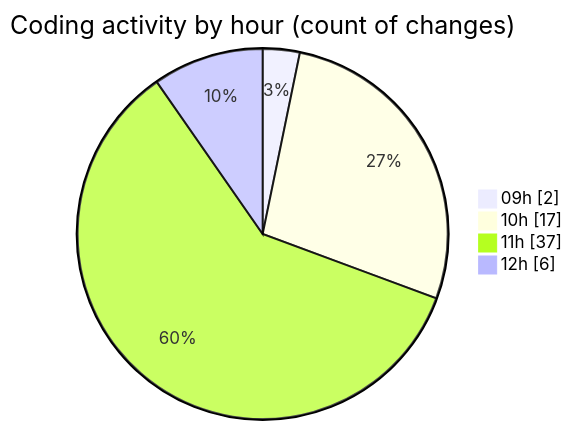
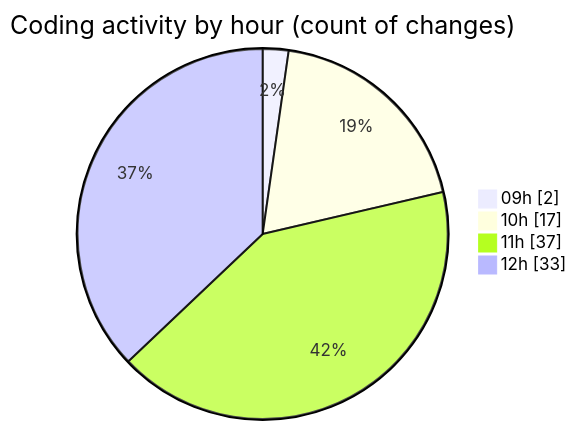
Before and after one commit to momahboobian/code-tracking: the second of 2 diagrams in 2026-11-06/cda/README.md, drawn with Mermaid. The commit also changed other lines of this file and 1 other file, not shown here.

````diff
--- a/2026-11-06/cda/README.md
+++ b/2026-11-06/cda/README.md
@@ -50,8 +50,8 @@
 ```mermaid
 pie showData
 title Coding activity by hour (count of changes)
 "09h" : 2
 "10h" : 17
 "11h" : 37
-"12h" : 6
+"12h" : 33
 ```
````
